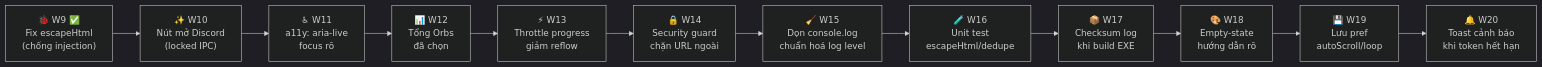
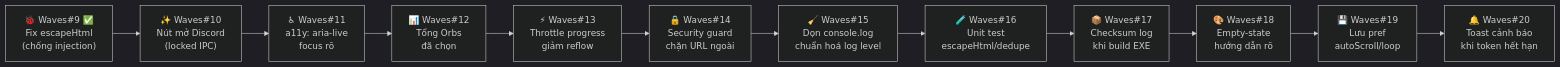
One commit to duyzoz/AUTO-QUEST changed the second of 5 diagrams in README.md. Above: the diagram before and after it, drawn with Mermaid (dark theme). The commit also changed other lines of this file and 136 other files, not shown here.

First line of the commit message:
release: Auto Quest v1.0.0 — setup.exe installer + portable + multi-platform + MIT license

````diff
--- a/README.md
+++ b/README.md
@@ -87,14 +117,14 @@
 ```mermaid
 flowchart LR
-    A["🐞 W9 ✅<br/>Fix escapeHtml<br/>(chống injection)"] --> B["✨ W10<br/>Nút mở Discord<br/>(locked IPC)"]
-    B --> C["♿ W11<br/>a11y: aria-live<br/>focus rõ"]
-    C --> D["📊 W12<br/>Tổng Orbs<br/>đã chọn"]
-    D --> E["⚡ W13<br/>Throttle progress<br/>giảm reflow"]
-    E --> F["🔒 W14<br/>Security guard<br/>chặn URL ngoài"]
-    F --> G["🧹 W15<br/>Dọn console.log<br/>chuẩn hoá log level"]
-    G --> H["🧪 W16<br/>Unit test<br/>escapeHtml/dedupe"]
-    H --> I["📦 W17<br/>Checksum log<br/>khi build EXE"]
-    I --> J["🎨 W18<br/>Empty-state<br/>hướng dẫn rõ"]
-    J --> K["💾 W19<br/>Lưu pref<br/>autoScroll/loop"]
-    K --> L["🔔 W20<br/>Toast cảnh báo<br/>khi token hết hạn"]
+    A["🐞 Waves#9 ✅<br/>Fix escapeHtml<br/>(chống injection)"] --> B["✨ Waves#10<br/>Nút mở Discord<br/>(locked IPC)"]
+    B --> C["♿ Waves#11<br/>a11y: aria-live<br/>focus rõ"]
+    C --> D["📊 Waves#12<br/>Tổng Orbs<br/>đã chọn"]
+    D --> E["⚡ Waves#13<br/>Throttle progress<br/>giảm reflow"]
+    E --> F["🔒 Waves#14<br/>Security guard<br/>chặn URL ngoài"]
+    F --> G["🧹 Waves#15<br/>Dọn console.log<br/>chuẩn hoá log level"]
+    G --> H["🧪 Waves#16<br/>Unit test<br/>escapeHtml/dedupe"]
+    H --> I["📦 Waves#17<br/>Checksum log<br/>khi build EXE"]
+    I --> J["🎨 Waves#18<br/>Empty-state<br/>hướng dẫn rõ"]
+    J --> K["💾 Waves#19<br/>Lưu pref<br/>autoScroll/loop"]
+    K --> L["🔔 Waves#20<br/>Toast cảnh báo<br/>khi token hết hạn"]
 ```
````
